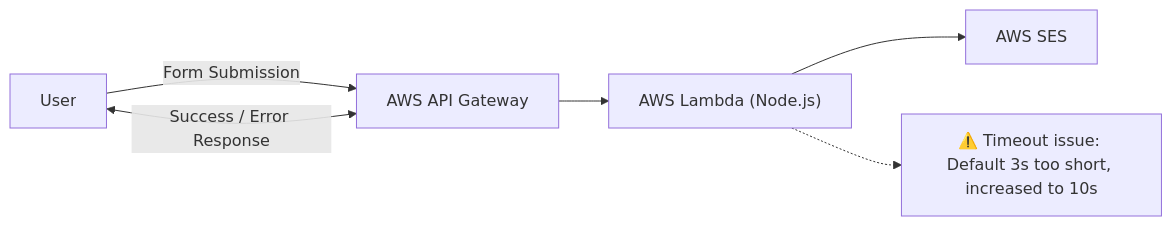
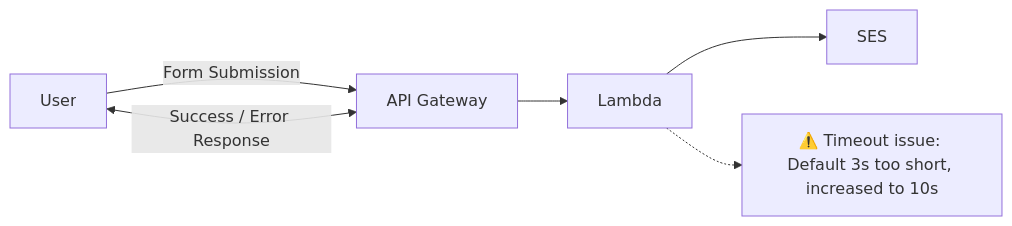
Before and after one commit to radek-drw/Portfolio: the diagram in README.md, drawn with Mermaid. The commit also changed other lines of this file, not shown here.

Commit message:
docs: update diagram

````diff
--- a/README.md
+++ b/README.md
@@ -114,10 +114,10 @@
 ```mermaid
 flowchart LR
-    U[User] -->|Form Submission| AGW["AWS API Gateway"]
-    AGW --> L["AWS Lambda (Node.js)"]
-    L --> SES["AWS SES"]
+    U[User] -->|Form Submission| AGW["API Gateway"]
+    AGW --> L["Lambda"]
+    L --> SES["SES"]
     U <-->|Success / Error Response| AGW
 
     %% Simple note without styling
     L -.-> N["⚠️ Timeout issue: Default 3s too short, increased to 10s"]
 ```
````
